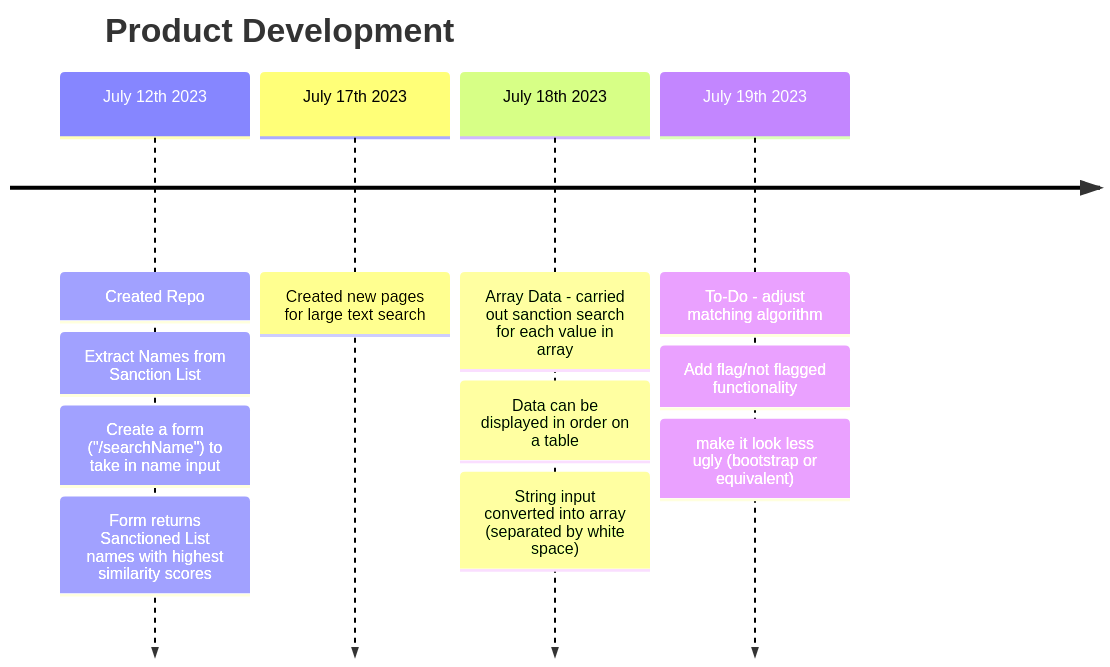
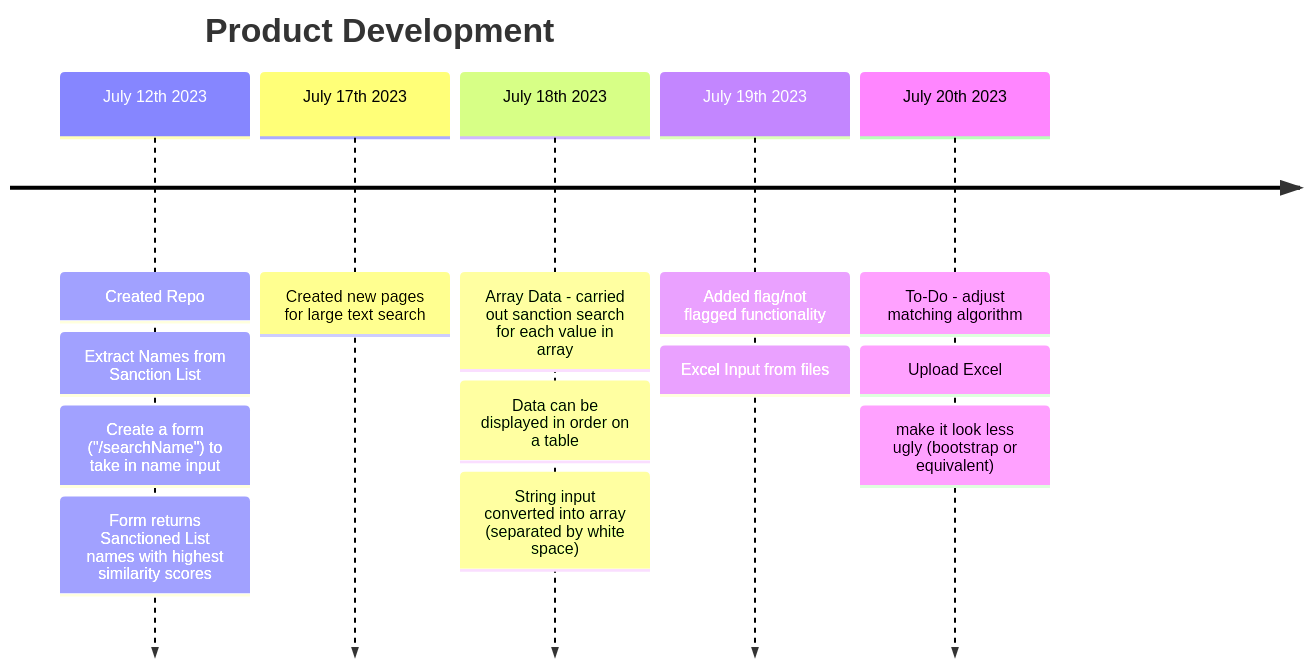
The diagram in README.md (james-csy/sanctionlistchecker), drawn with Mermaid before and after one commit.

````diff
--- a/README.md
+++ b/README.md
@@ -6,8 +6,9 @@
 ```mermaid
 timeline
     title Product Development
     July 12th 2023: Created Repo: Extract Names from Sanction List: Create a form ("/searchName") to take in name input: Form returns Sanctioned List names with highest similarity scores
     July 17th 2023: Created new pages for large text search
     July 18th 2023: Array Data - carried out sanction search for each value in array: Data can be displayed in order on a table: String input converted into array (separated by white space)
-    July 19th 2023: To-Do - adjust matching algorithm: Add flag/not flagged functionality: make it look less ugly (bootstrap or equivalent)
+    July 19th 2023: Added flag/not flagged functionality: Excel Input from files
+    July 20th 2023: To-Do - adjust matching algorithm: Upload Excel: make it look less ugly (bootstrap or equivalent)
 ```
````
